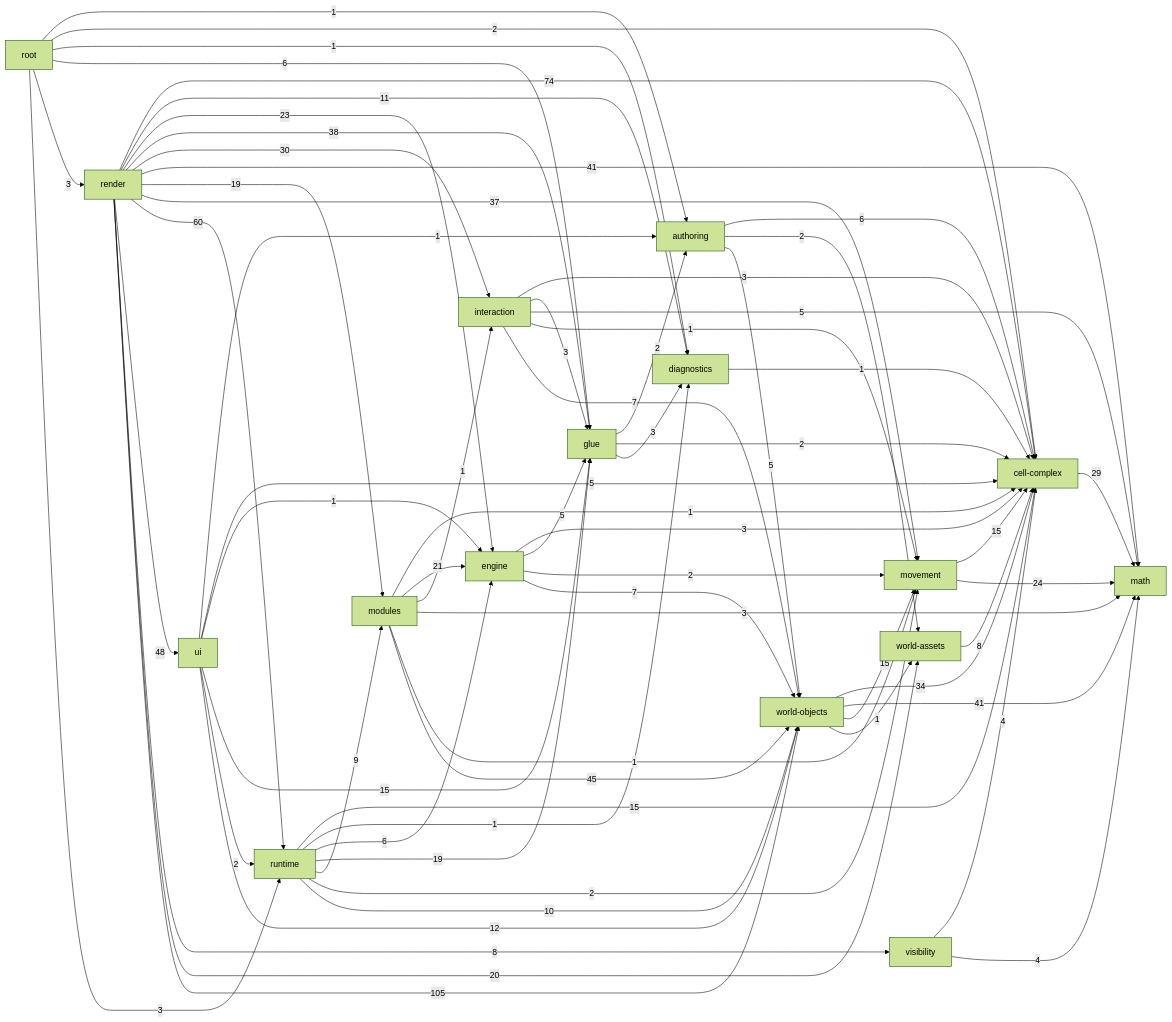
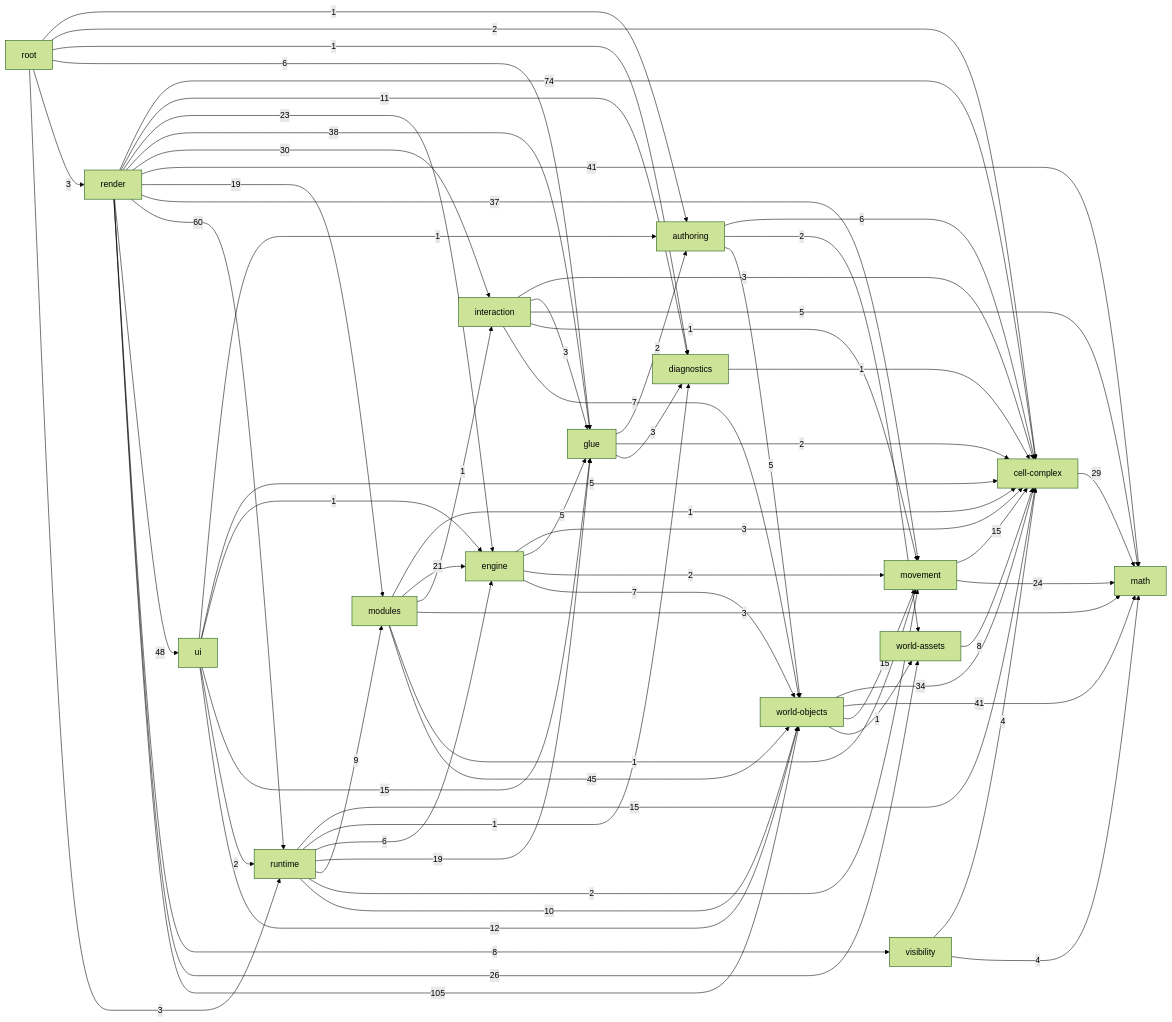
Before and after one commit to guraltsev/noneuclid-fpv: the diagram in _docs/generated/ARCHITECTURE_REFERENCE.md, drawn with Mermaid (forest theme). The commit also changed other lines of this file and 12 other files, not shown here.

```diff
--- a/_docs/generated/ARCHITECTURE_REFERENCE.md
+++ b/_docs/generated/ARCHITECTURE_REFERENCE.md
@@ -88,7 +88,7 @@
   render -->|60| runtime
   render -->|48| ui
   render -->|8| visibility
-  render -->|20| world_assets
+  render -->|26| world_assets
   render -->|105| world_objects
   root -->|1| authoring
   root -->|2| cell_complex
```
